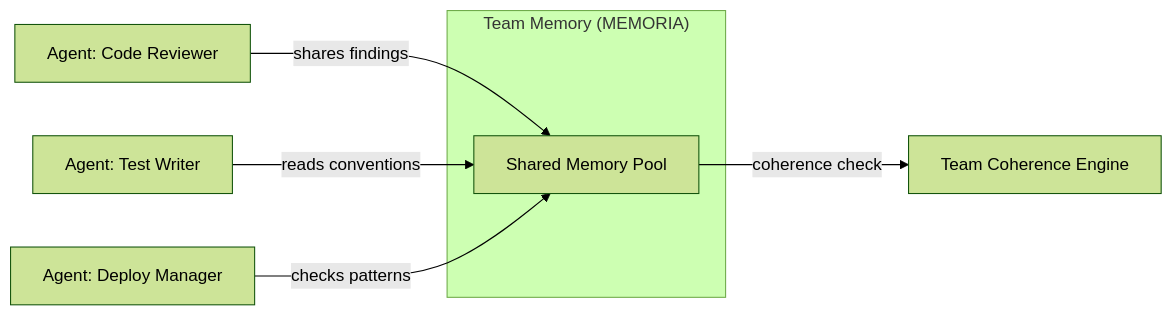
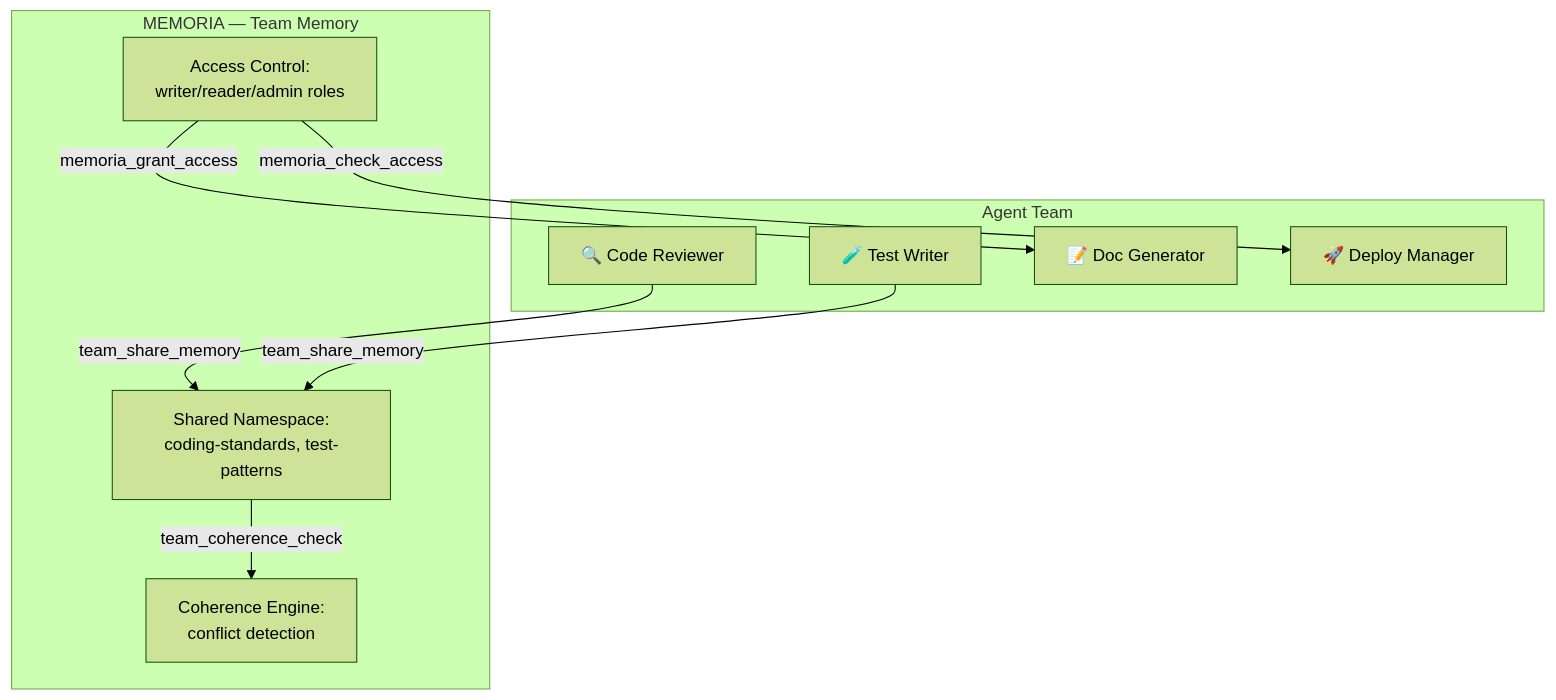
One commit to naicud/memor-ia changed the third of 4 diagrams in docs/BUSINESS.md. Above: the diagram before and after it, drawn with Mermaid (forest theme). The commit also changed other lines of this file and 5 other files, not shown here.

````diff
--- a/docs/BUSINESS.md
+++ b/docs/BUSINESS.md
@@ -143,11 +206,21 @@
 ```mermaid
-graph LR
-    subgraph "Team Memory (MEMORIA)"
-        SM["Shared Memory Pool"]
+graph TB
+    subgraph "Agent Team"
+        A1["🔍 Code Reviewer"]
+        A2["🧪 Test Writer"]
+        A3["📝 Doc Generator"]
+        A4["🚀 Deploy Manager"]
     end
 
-    A1["Agent: Code Reviewer"] -->|"shares findings"| SM
-    A2["Agent: Test Writer"] -->|"reads conventions"| SM
-    A3["Agent: Deploy Manager"] -->|"checks patterns"| SM
-    SM -->|"coherence check"| CC["Team Coherence Engine"]
+    subgraph "MEMORIA — Team Memory"
+        SM["Shared Namespace:<br/>coding-standards, test-patterns"]
+        ACL["Access Control:<br/>writer/reader/admin roles"]
+        COH["Coherence Engine:<br/>conflict detection"]
+    end
+
+    A1 -->|"team_share_memory"| SM
+    A2 -->|"team_share_memory"| SM
+    SM -->|"team_coherence_check"| COH
+    ACL -->|"memoria_grant_access"| A3
+    ACL -->|"memoria_check_access"| A4
 ```
````
